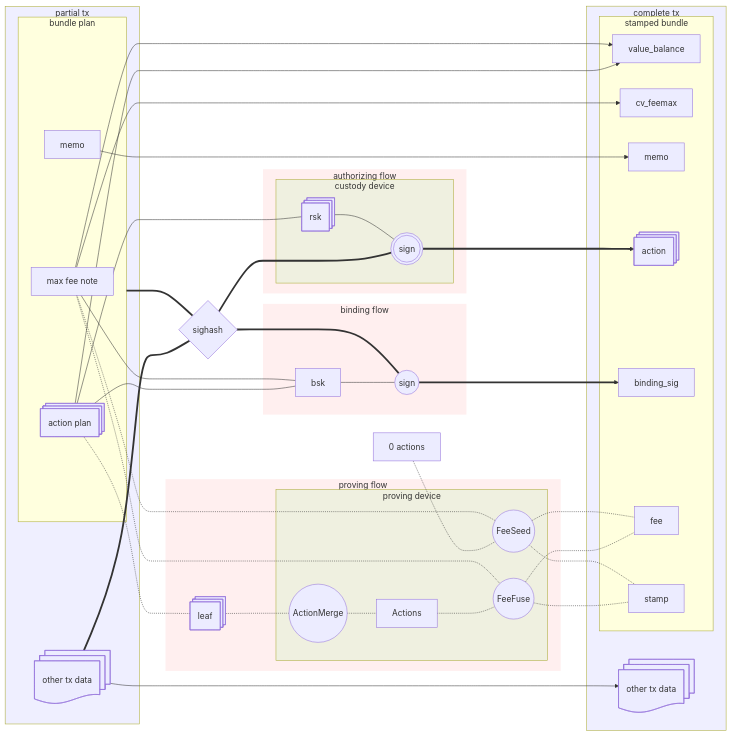
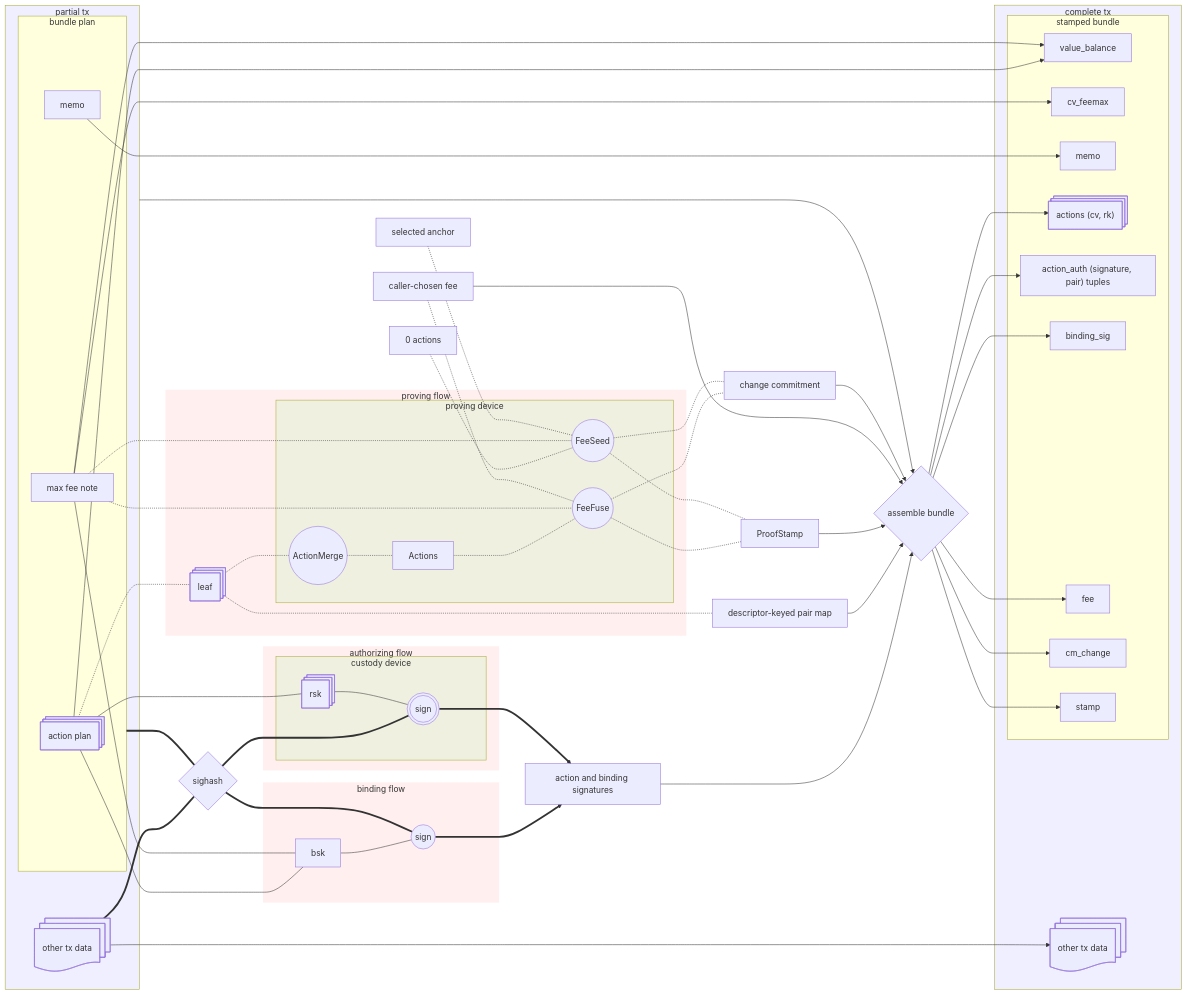
The second of 3 diagrams in book/src/authorization.md (tachyon-zcash/tachyon), drawn with Mermaid before and after one commit. The commit also changed other lines of this file and 31 other files, not shown here.

```diff
--- a/book/src/authorization.md
+++ b/book/src/authorization.md
@@ -211,11 +213,13 @@
     subgraph tx[complete tx]
         subgraph bundle["stamped bundle"]
             value_balance
-            action@{ shape: st-rect }
+            action@{ shape: st-rect, label: "actions (cv, rk)" }
+            action_auth["action_auth (signature, pair) tuples"]
             cv_feemax
             binding_sig
             memo_2[memo]
             fee
+            cm_change
             stamp
         end
         other2@{ shape: st-doc, label: "other tx data" }
@@ -232,9 +236,12 @@
             fee_seed((FeeSeed))
         end
     end
-    action_plan -.- leaf -.- merge -.- actions -.- fee_fuse -.- stamp
-    zero_actions["0 actions"] -.- fee_seed -.- stamp
-    max_fee_note -.- fee_fuse & fee_seed -.- fee
+    action_plan -.- leaf -.- merge -.- actions -.- fee_fuse -.- proved_stamp["ProofStamp"]
+    leaf -.- pairs["descriptor-keyed pair map"]
+    zero_actions["0 actions"] -.- fee_seed -.- proved_stamp
+    max_fee_note -.- fee_fuse & fee_seed -.- proved_change["change commitment"]
+    chosen_fee["caller-chosen fee"] -.- fee_fuse
+    selected_anchor["selected anchor"] -.- fee_seed
 
 
     sighash ~~~ binding
@@ -242,7 +249,7 @@
         bsk 
         sign_binding_sig(("sign"))
     end
-    action_plan & max_fee_note --- bsk --- sign_binding_sig ==> binding_sig
+    action_plan & max_fee_note --- bsk --- sign_binding_sig ==> signatures
     sighash === sign_binding_sig
 
     sighash ~~~ authorization
@@ -253,7 +260,13 @@
         end
     end
     sighash === sign_action
-    action_plan --- rsk --- sign_action ==> action
+    action_plan --- rsk --- sign_action ==> signatures
+
+    signatures["action and binding signatures"] --> join{"assemble bundle"}
+    pczt --> join
+    pairs --> join
+    proved_stamp & chosen_fee & proved_change --> join
+    join --> action & action_auth & binding_sig & stamp & fee & cm_change
 
     other1 --> other2
     pczt ~~~ sighash
```
